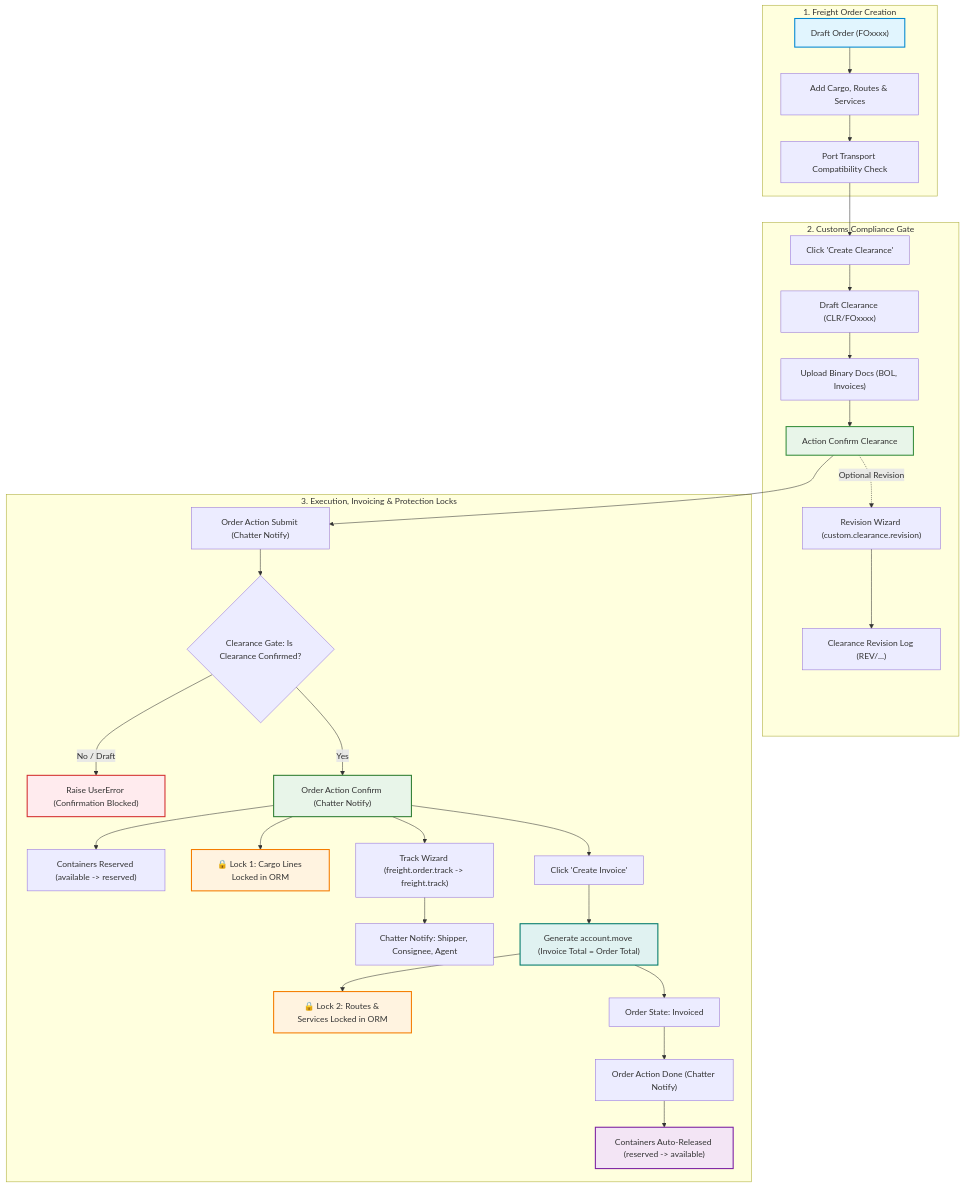
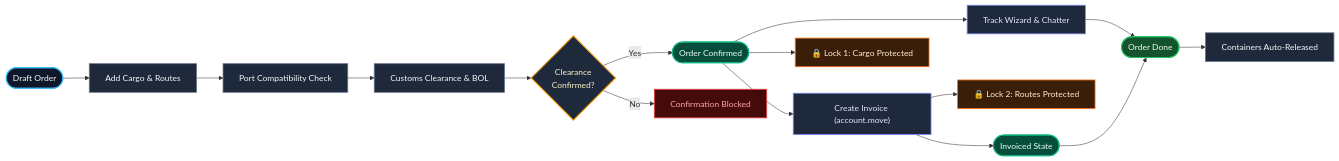
One commit to Nasim-Ullah/Freight changed the diagram in README.md. Above: the diagram before and after it, drawn with Mermaid. The commit also changed other lines of this file, not shown here.

Commit message:
[updated] README.md

````diff
--- a/README.md
+++ b/README.md
@@ -30,42 +30,30 @@
 ```mermaid
-flowchart TD
-    subgraph OrderCreation ["1. Freight Order Creation"]
-        A["Draft Order (FOxxxx)"] --> B["Add Cargo, Routes & Services"]
-        B --> C["Port Transport Compatibility Check"]
-    end
+flowchart LR
+    A(["Draft Order"]):::start --> B["Add Cargo & Routes"]:::step
+    B --> C["Port Compatibility Check"]:::step
+    C --> D["Customs Clearance & BOL"]:::step
+    D --> E{"Clearance<br/>Confirmed?"}:::gate
 
-    subgraph CustomsFlow ["2. Customs Compliance Gate"]
-        C --> D["Click 'Create Clearance'"]
-        D --> E["Draft Clearance (CLR/FOxxxx)"]
-        E --> F["Upload Binary Docs (BOL, Invoices)"]
-        F --> G["Action Confirm Clearance"]
-        G -.->|Optional Revision| H["Revision Wizard (custom.clearance.revision)"]
-        H --> I["Clearance Revision Log (REV/...)"]
-    end
+    E -- "Yes" --> F(["Order Confirmed"]):::milestone
+    E -- "No" --> X["Confirmation Blocked"]:::blocked
 
-    subgraph OrderExecution ["3. Execution, Invoicing & Protection Locks"]
-        G --> J["Order Action Submit (Chatter Notify)"]
-        J --> K{"Clearance Gate: Is Clearance Confirmed?"}
-        K -- "No / Draft" --> L["Raise UserError (Confirmation Blocked)"]
-        K -- "Yes" --> M["Order Action Confirm (Chatter Notify)"]
-        M --> N["Containers Reserved (available -> reserved)"]
-        M --> LOCK1["🔒 Lock 1: Cargo Lines Locked in ORM"]
-        M --> TRK["Track Wizard (freight.order.track -> freight.track)"]
-        TRK --> CHAT1["Chatter Notify: Shipper, Consignee, Agent"]
-        M --> INV["Click 'Create Invoice'"]
-        INV --> OUTINV["Generate account.move (Invoice Total = Order Total)"]
-        OUTINV --> LOCK2["🔒 Lock 2: Routes & Services Locked in ORM"]
-        OUTINV --> INVST["Order State: Invoiced"]
-        INVST --> P["Order Action Done (Chatter Notify)"]
-        P --> Q["Containers Auto-Released (reserved -> available)"]
-    end
+    F --> G["Track Wizard & Chatter"]:::feature
+    F --> H["Create Invoice (account.move)"]:::feature
+    F --> L1["🔒 Lock 1: Cargo Protected"]:::lock
 
-    style A fill:#e1f5fe,stroke:#0288d1,stroke-width:2px
-    style G fill:#e8f5e9,stroke:#388e3c,stroke-width:2px
-    style L fill:#ffebee,stroke:#d32f2f,stroke-width:2px
-    style M fill:#e8f5e9,stroke:#2e7d32,stroke-width:2px
-    style LOCK1 fill:#fff3e0,stroke:#f57c00,stroke-width:2px
-    style LOCK2 fill:#fff3e0,stroke:#f57c00,stroke-width:2px
-    style OUTINV fill:#e0f2f1,stroke:#00796b,stroke-width:2px
-    style Q fill:#f3e5f5,stroke:#7b1fa2,stroke-width:2px
+    H --> L2["🔒 Lock 2: Routes Protected"]:::lock
+    H --> I(["Invoiced State"]):::milestone
+
+    G --> J(["Order Done"]):::done
+    I --> J
+    J --> K["Containers Auto-Released"]:::step
+
+    classDef start fill:#0f172a,stroke:#38bdf8,stroke-width:2px,color:#f8fafc;
+    classDef step fill:#1e293b,stroke:#64748b,stroke-width:1.5px,color:#f8fafc;
+    classDef gate fill:#1e293b,stroke:#f59e0b,stroke-width:2px,color:#fef3c7;
+    classDef blocked fill:#450a0a,stroke:#ef4444,stroke-width:1.5px,color:#fca5a5;
+    classDef milestone fill:#064e3b,stroke:#10b981,stroke-width:2px,color:#ecfdf5;
+    classDef feature fill:#1e293b,stroke:#818cf8,stroke-width:1.5px,color:#e0e7ff;
+    classDef lock fill:#3b1e08,stroke:#f97316,stroke-width:1.5px,color:#ffedd5;
+    classDef done fill:#14532d,stroke:#22c55e,stroke-width:2px,color:#f0fdf4;
 ```
````
